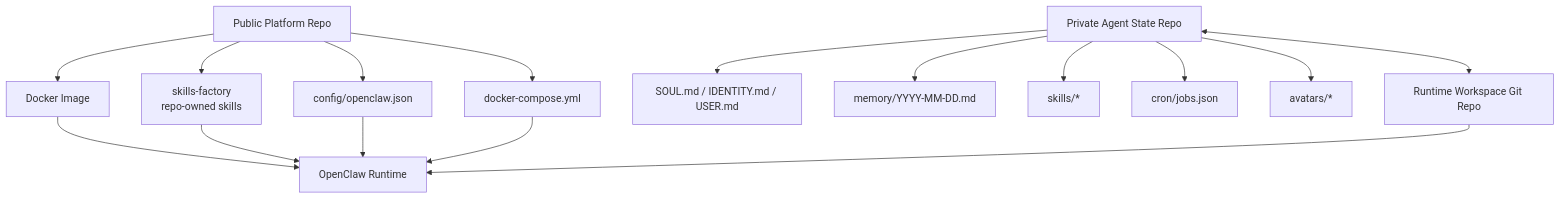
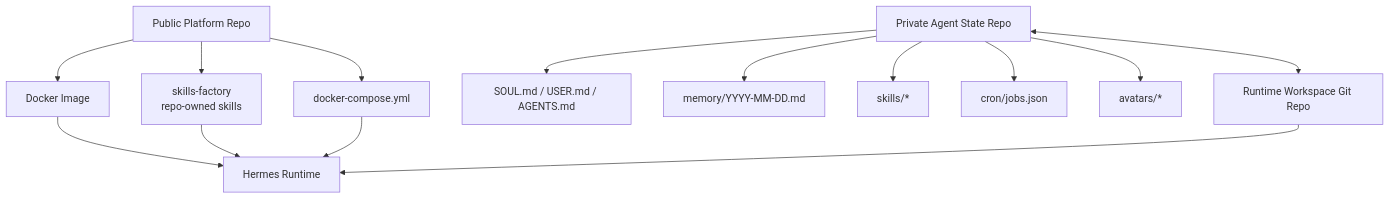
The second of 4 diagrams in README.md (Pedrohgv/josemar-assistente), drawn with Mermaid before and after one commit. The commit also changed other lines of this file and 6 other files, not shown here.

Commit message:
retire OpenClaw runtime and switch docs/workflows to Hermes

````diff
--- a/README.md
+++ b/README.md
@@ -52,20 +52,18 @@
 ```mermaid
 flowchart TB
   PublicRepo[Public Platform Repo] --> Image[Docker Image]
   PublicRepo --> CoreSkills[skills-factory<br/>repo-owned skills]
-  PublicRepo --> Config[config/openclaw.json]
   PublicRepo --> Compose[docker-compose.yml]
 
-  PrivateRepo[Private Agent State Repo] --> Personality[SOUL.md / IDENTITY.md / USER.md]
+  PrivateRepo[Private Agent State Repo] --> Personality[SOUL.md / USER.md / AGENTS.md]
   PrivateRepo --> Memory[memory/YYYY-MM-DD.md]
   PrivateRepo --> UserSkills[skills/*]
   PrivateRepo --> Cron[cron/jobs.json]
   PrivateRepo --> Avatars[avatars/*]
 
-  Image --> Runtime[OpenClaw Runtime]
+  Image --> Runtime[Hermes Runtime]
   CoreSkills --> Runtime
-  Config --> Runtime
   Compose --> Runtime
   PrivateRepo <--> Workspace[Runtime Workspace Git Repo]
   Workspace --> Runtime
 ```
````
